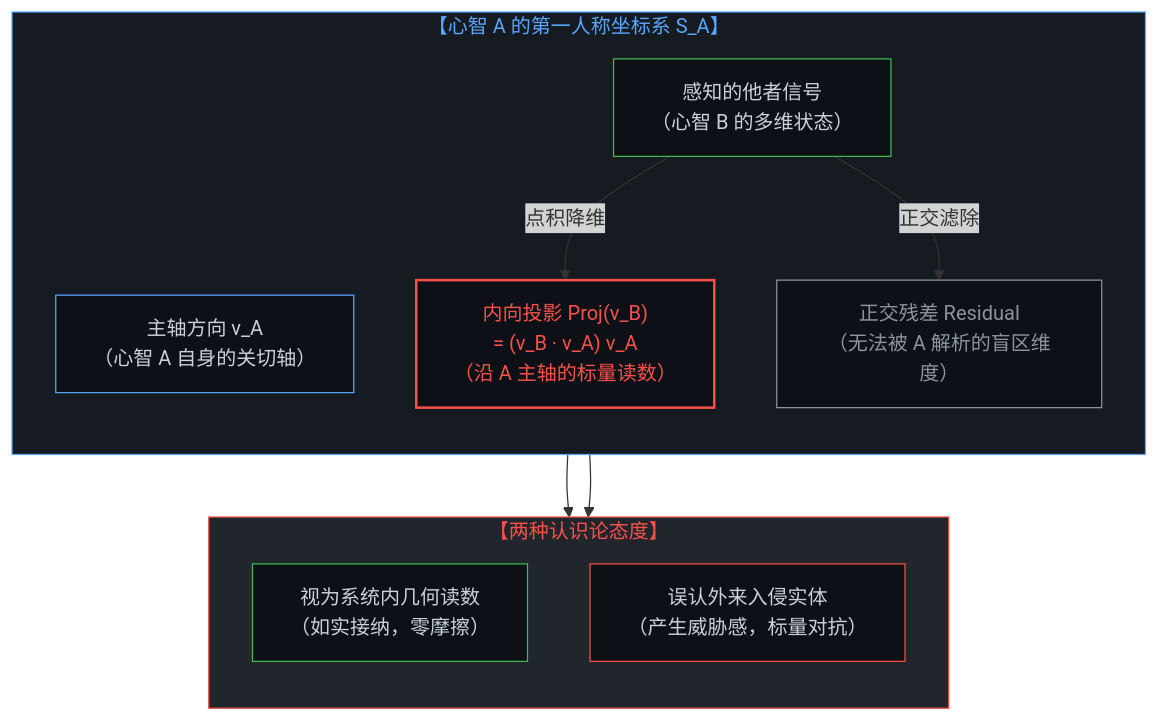
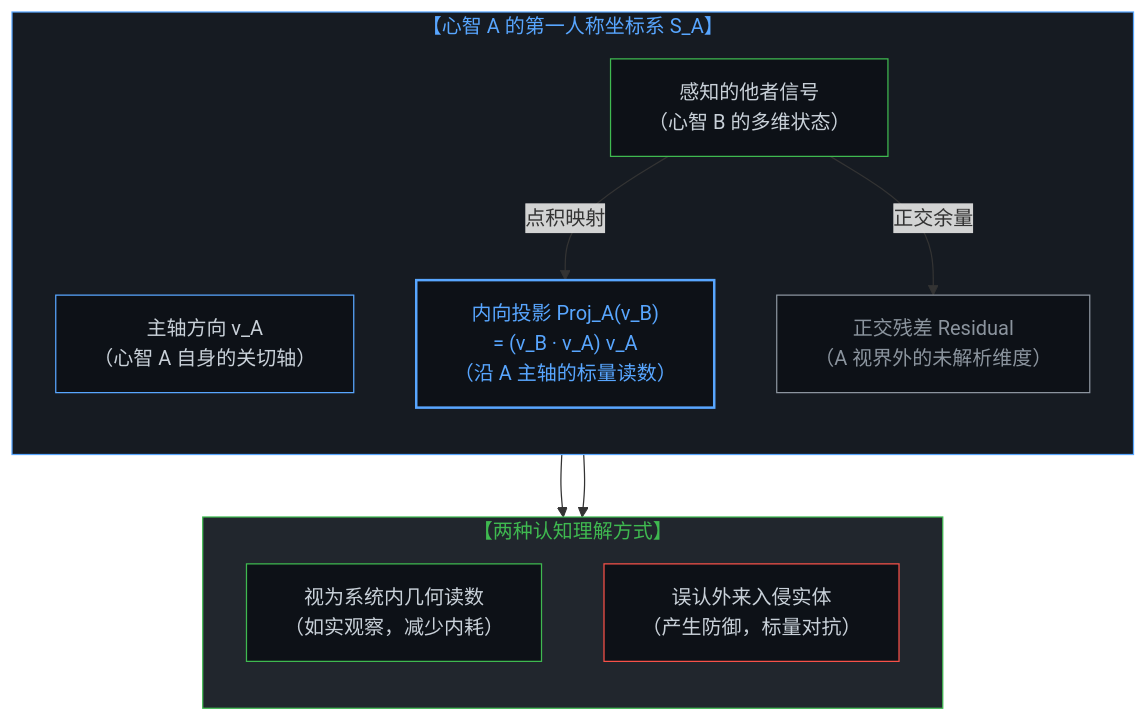
The second of 4 diagrams in content/posts/the-mind-as-vector-and-coordinate-system.md (powerpig99/not-a-toe), drawn with Mermaid before and after one commit. The commit also changed other lines of this file and 5 other files, not shown here.

````diff
--- a/content/posts/the-mind-as-vector-and-coordinate-system.md
+++ b/content/posts/the-mind-as-vector-and-coordinate-system.md
@@ -93,31 +93,31 @@
 ```mermaid
 graph TD
     subgraph FrameA["【心智 A 的第一人称坐标系 S_A】"]
         direction TB
         VA["主轴方向 v_A<br>（心智 A 自身的关切轴）"]
         VB_raw["感知的他者信号<br>（心智 B 的多维状态）"]
-        Proj["内向投影 Proj(v_B)<br>= (v_B · v_A) v_A<br>（沿 A 主轴的标量读数）"]
-        Res["正交残差 Residual<br>（无法被 A 解析的盲区维度）"]
+        Proj["内向投影 Proj_A(v_B)<br>= (v_B · v_A) v_A<br>（沿 A 主轴的标量读数）"]
+        Res["正交残差 Residual<br>（A 视界外的未解析维度）"]
         
-        VB_raw -->|"点积降维"| Proj
-        VB_raw -->|"正交滤除"| Res
+        VB_raw -->|"点积映射"| Proj
+        VB_raw -->|"正交余量"| Res
     end
 
-    subgraph Illusion["【两种认识论态度】"]
+    subgraph Perspectives["【两种认知理解方式】"]
         direction TB
-        T1["视为系统内几何读数<br>（如实接纳，零摩擦）"]
-        T2["误认外来入侵实体<br>（产生威胁感，标量对抗）"]
+        T1["视为系统内几何读数<br>（如实观察，减少内耗）"]
+        T2["误认外来入侵实体<br>（产生防御，标量对抗）"]
     end
 
     Proj --> T1
     Proj --> T2
 
     style FrameA fill:#161b22,stroke:#58a6ff,stroke-width:1px,color:#58a6ff
-    style Illusion fill:#21262d,stroke:#f85149,stroke-width:1px,color:#f85149
+    style Perspectives fill:#21262d,stroke:#3fb950,stroke-width:1px,color:#3fb950
     style VA fill:#0d1117,stroke:#58a6ff,stroke-width:1px,color:#c9d1d9
     style VB_raw fill:#0d1117,stroke:#3fb950,stroke-width:1px,color:#c9d1d9
-    style Proj fill:#0d1117,stroke:#f85149,stroke-width:2px,color:#f85149
+    style Proj fill:#0d1117,stroke:#58a6ff,stroke-width:2px,color:#58a6ff
     style Res fill:#0d1117,stroke:#8b949e,stroke-width:1px,color:#8b949e
     style T1 fill:#0d1117,stroke:#3fb950,stroke-width:1px,color:#c9d1d9
     style T2 fill:#0d1117,stroke:#f85149,stroke-width:1px,color:#c9d1d9
 ```
````
